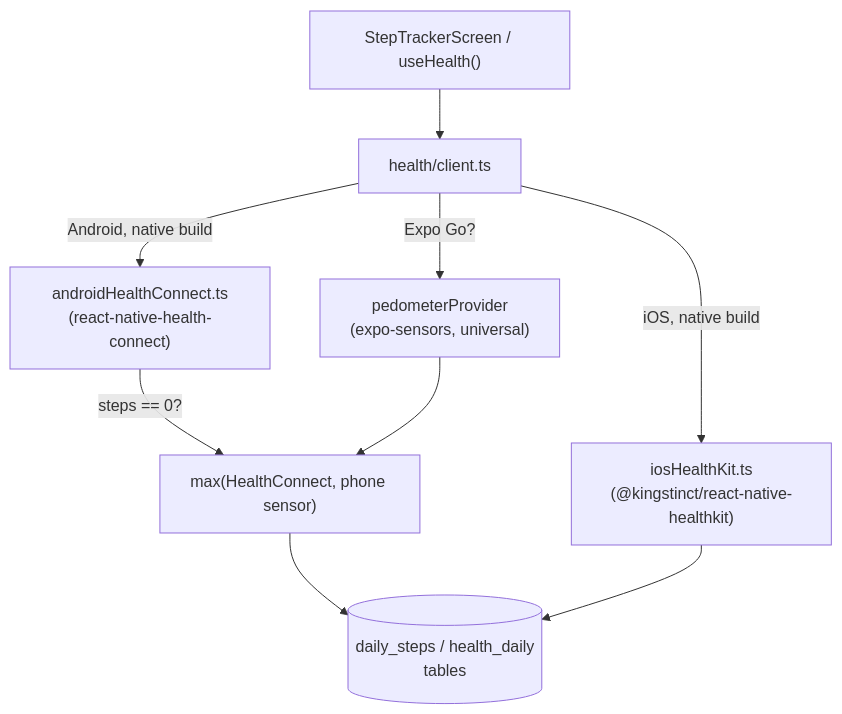
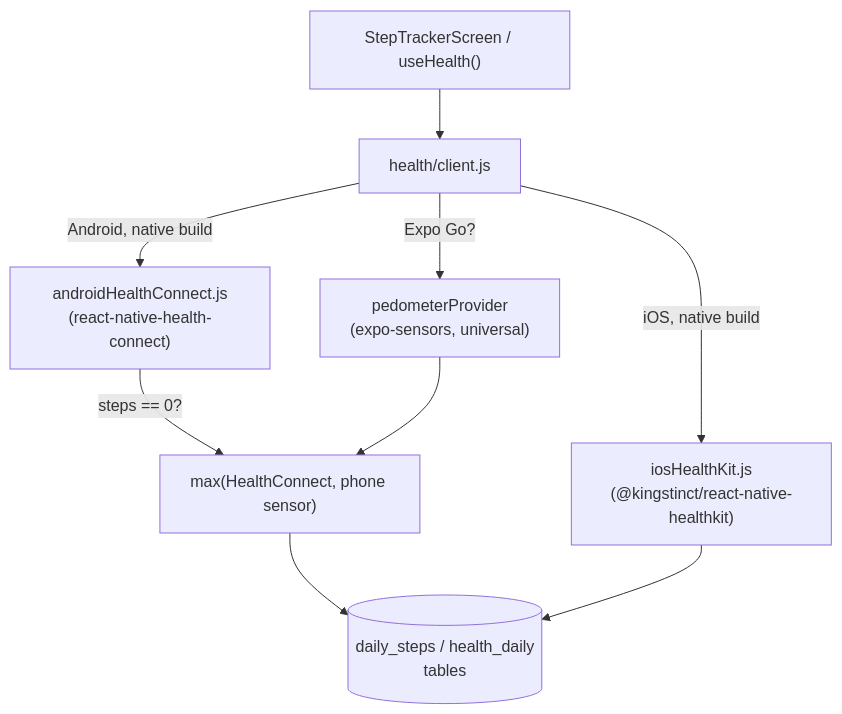
The first of 2 diagrams in README.md (Kush172005/GymRat), drawn with Mermaid before and after one commit. The commit also changed other lines of this file and 135 other files, not shown here.

````diff
--- a/README.md
+++ b/README.md
@@ -120,11 +120,11 @@
 ```mermaid
 flowchart TD
-    UI["StepTrackerScreen / useHealth()"] --> Client["health/client.ts"]
+    UI["StepTrackerScreen / useHealth()"] --> Client["health/client.js"]
     Client -->|"Expo Go?"| Fallback["pedometerProvider\n(expo-sensors, universal)"]
-    Client -->|"Android, native build"| HC["androidHealthConnect.ts\n(react-native-health-connect)"]
-    Client -->|"iOS, native build"| HK["iosHealthKit.ts\n(@kingstinct/react-native-healthkit)"]
+    Client -->|"Android, native build"| HC["androidHealthConnect.js\n(react-native-health-connect)"]
+    Client -->|"iOS, native build"| HK["iosHealthKit.js\n(@kingstinct/react-native-healthkit)"]
     HC -->|"steps == 0?"| Merge["max(HealthConnect, phone sensor)"]
     Fallback --> Merge
     Merge --> SQLite[("daily_steps / health_daily\ntables")]
     HK --> SQLite
 ```
````
